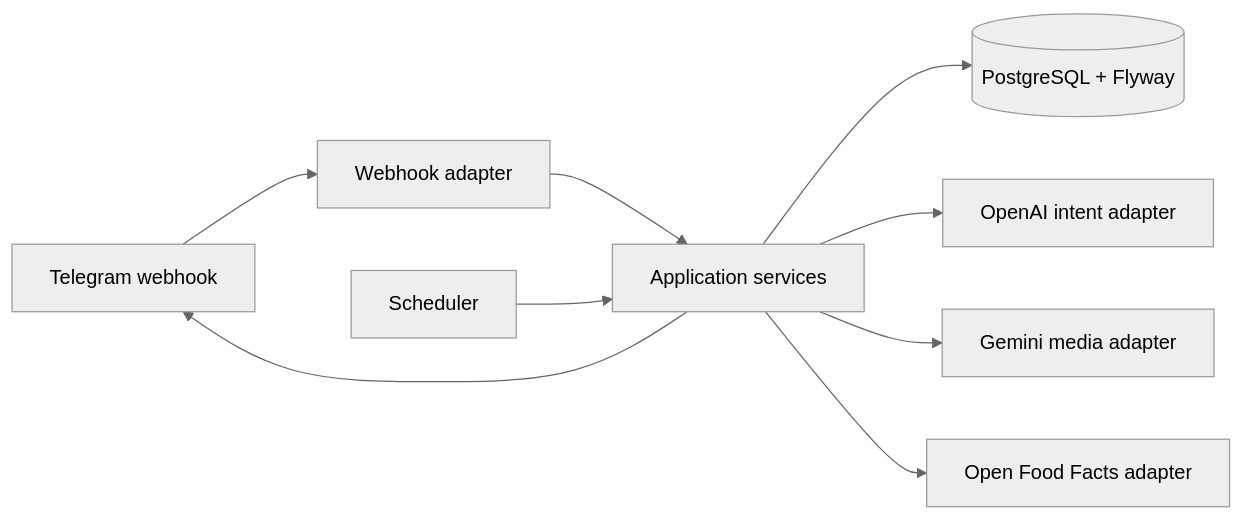
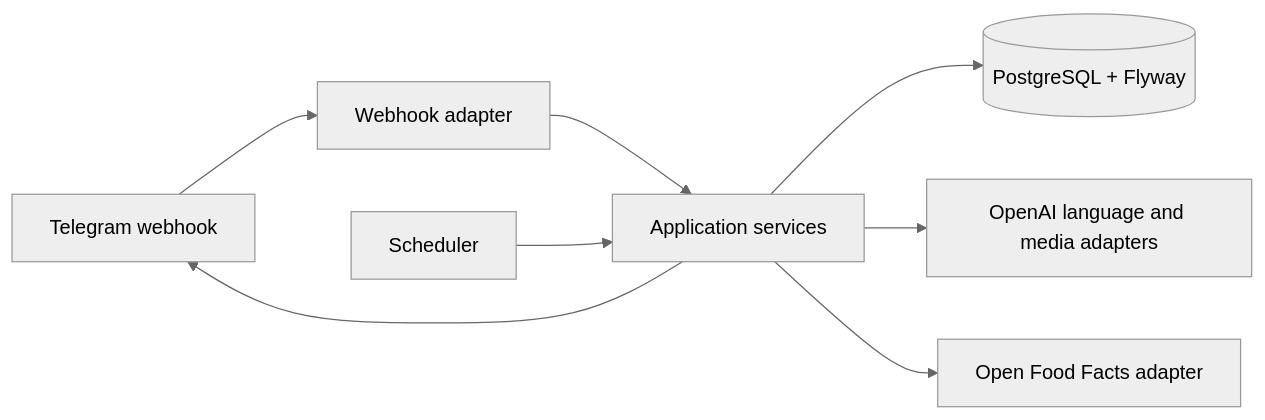
One commit to DurdeuVlad/calorie-intake-tracker-ai-bot changed the diagram in docs/architecture.md. Above: the diagram before and after it, drawn with Mermaid (neutral theme). The commit also changed 52 other files, not shown here.

Commit message:
Make journal actions direct and use OpenAI for all media

````diff
--- a/docs/architecture.md
+++ b/docs/architecture.md
@@ -5,11 +5,10 @@
 ```mermaid
 flowchart LR
   T[Telegram webhook] --> W[Webhook adapter]
   W --> A[Application services]
   A --> D[(PostgreSQL + Flyway)]
-  A --> O[OpenAI intent adapter]
-  A --> G[Gemini media adapter]
+  A --> O[OpenAI language and media adapters]
   A --> F[Open Food Facts adapter]
   S[Scheduler] --> A
   A --> T
 ```
````
